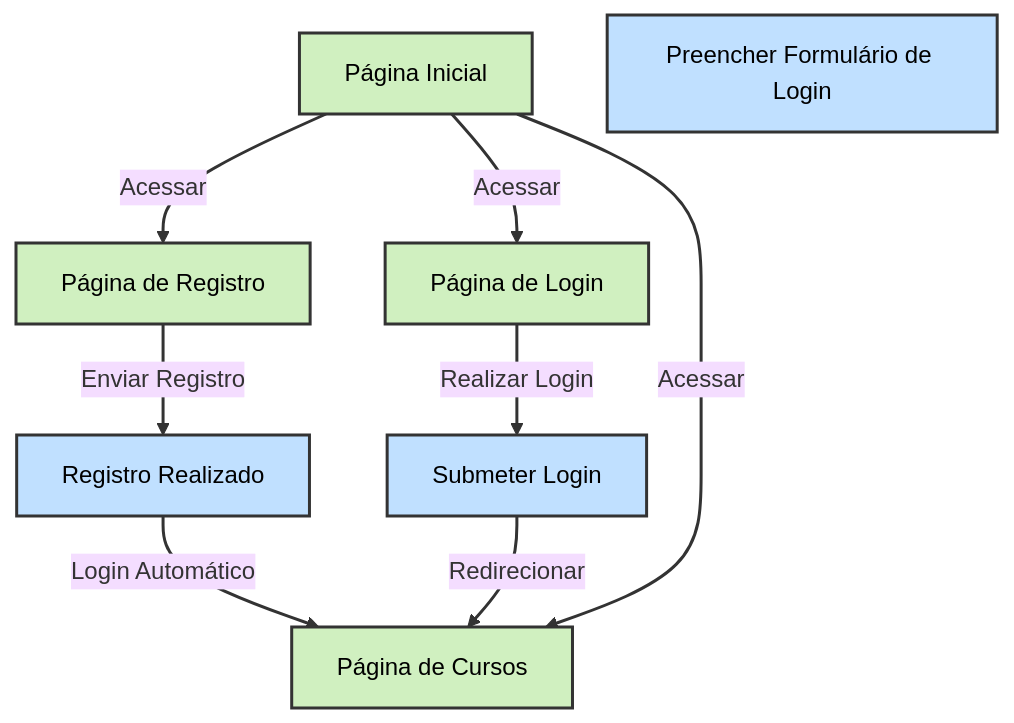
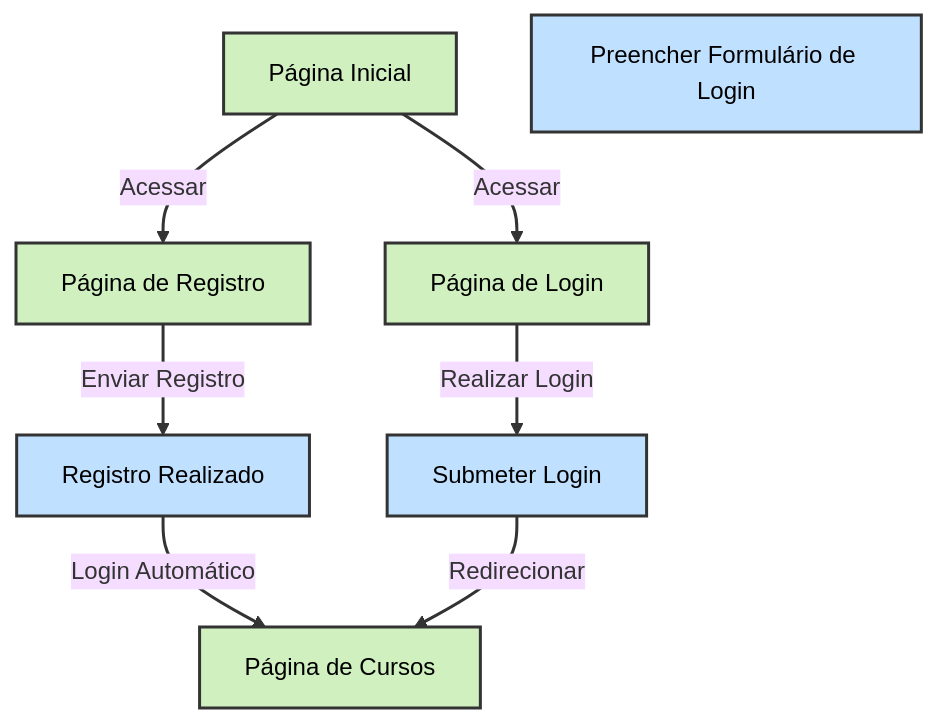
Before and after one commit to Paiva8859/PlataformaEAD: the fifth of 7 diagrams in README.md, drawn with Mermaid (base theme).

````diff
--- a/README.md
+++ b/README.md
@@ -125,36 +125,33 @@
 ```mermaid
 flowchart TD
     %% Definindo as Páginas como Ações
     P1[Página Inicial]
     P2[Página de Registro]
     P3[Página de Login]
     P4[Página de Cursos]
 
     %% Definindo as Ações e Transições
     A4[Registro Realizado]
 
     A8[Preencher Formulário de Login]
     A9[Submeter Login]
 
     %% Fluxo de Registro
     P1 -->|Acessar| P2
     P2 -->|Enviar Registro| A4
     A4 -->|Login Automático| P4
 
     %% Fluxo de Login
     P1 -->|Acessar| P3
     P3 -->|Realizar Login| A9
     A9 -->|Redirecionar| P4
 
-    %% Fluxo de Visualização de Cursos
-    P1 -->|Acessar| P4
-
     %% Estilizando as Ações e Transições
     classDef page fill:#d0f0c0,stroke:#333,stroke-width:2px,color:#000;
     classDef action fill:#c0e0ff,stroke:#333,stroke-width:2px,color:#000;
     class P1,P2,P3,P4 page;
     class A1,A2,A3,A4,A5,A6,A7,A8,A9,A10,A11 action;
 
     %% Estilizando as Conexões
     linkStyle default stroke:#333,stroke-width:2px;
 ```
````
